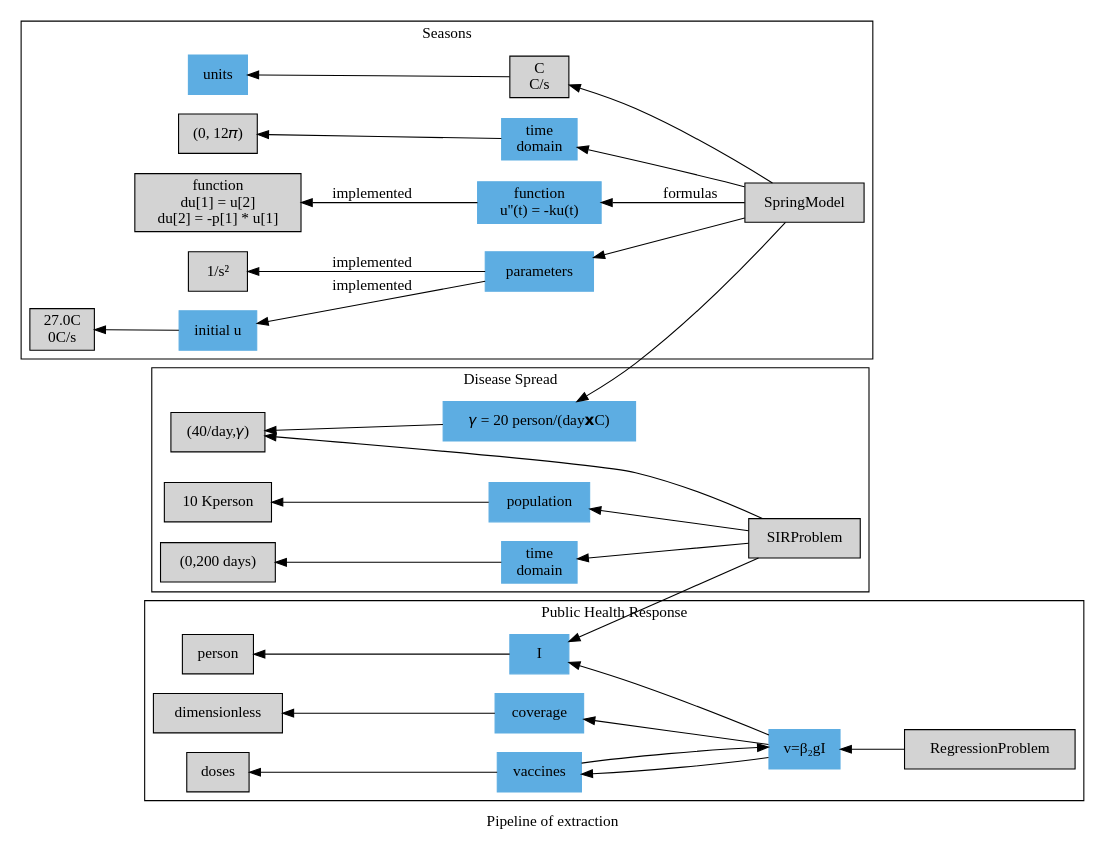
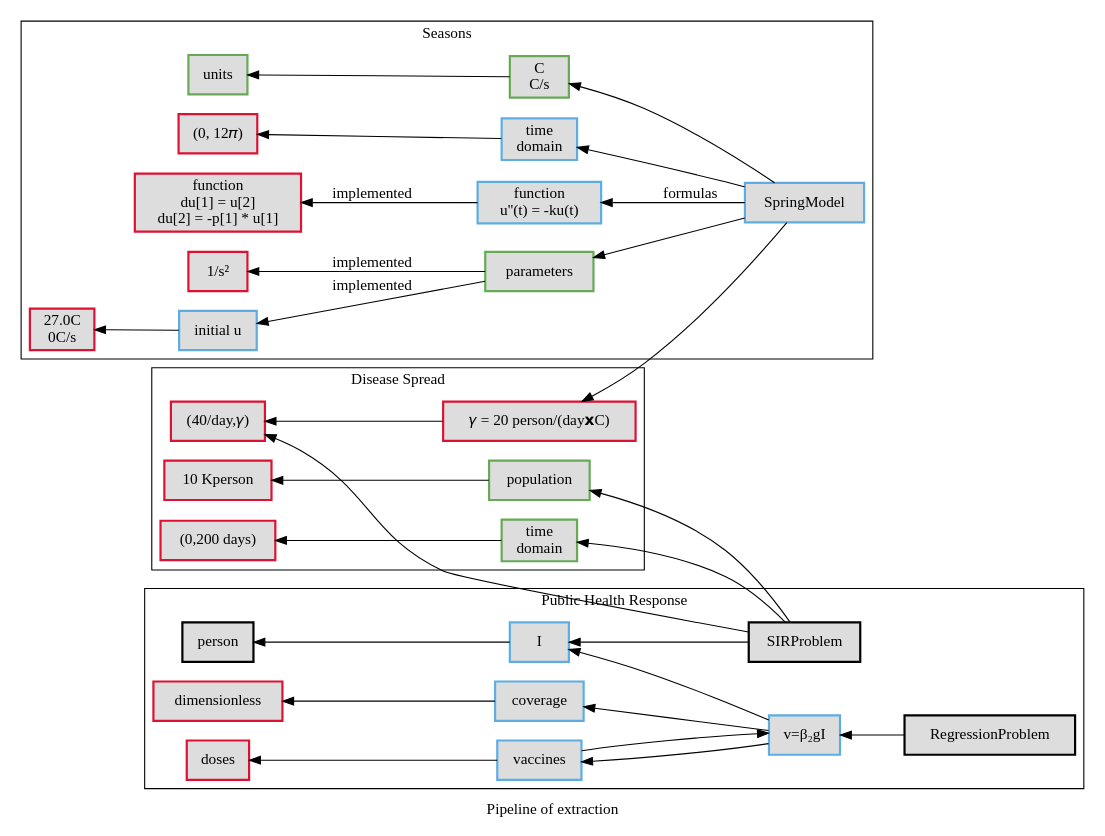
One commit to jpfairbanks/SemanticModels.jl changed the diagram in doc/src/img/flu_pipeline.dot. Above: the diagram before and after it, drawn with Graphviz. The commit also changed 6 other files, not shown here.

```diff
--- a/doc/src/img/flu_pipeline.dot
+++ b/doc/src/img/flu_pipeline.dot
@@ -1,111 +1,113 @@
 digraph H {
+  node[fillcolor="#dddddd", penwidth="2.0"]
 	graph [bb="0,0,925.64,284",
 		label="Pipeline of extraction",
 		lheight=0.19,
 		lp="462.82,11",
 		lwidth=1.67,
 		rankdir=RL
 	];
 	node [label="\N",
 		style=filled, shape=rectangle
 	];
 	{
 		i		 [color="#5DADE2",
 			height=0.5,
 			label="initial u",
 			pos="285.5,228",
 			width=0.75825];
-		p		 [color="#5DADE2",
+		p		 [color="#66aa55",
 			height=0.5,
 			label=parameters,
 			width=1.3582];
 		f		 [color="#5DADE2",
 			    height=0.5,
 			    label="function\n u''(t) = -ku(t)",
 			    width=1.195];
 		fi		 [
 			height=0.5,
 			label="function\ndu[1] = u[2]\ndu[2] = -p[1] * u[1]",
-			width=1.195];
-    ii [label="27.0C\n0C/s"]
-    pi [label="1/s²"]
-    a [label="SpringModel"]
+			width=1.195,
+      color="#dd1133"];
+    ii [label="27.0C\n0C/s", color="#dd1133"]
+    pi [label="1/s²", color="#dd1133"]
+    a [label="SpringModel", color="#5DADE2"]
     t [label="time\ndomain", color="#5DADE2"]
-    ti [label="(0, 12𝜋)"]
-    u [label=units, color="#5DADE2"]
-    ui [label="C\nC/s"]
+    ti [label="(0, 12𝜋)", color="#dd1133"]
+    u [label=units, color="#66aa55"]
+    ui [label="C\nC/s", color="#66aa55"]
 	}
 	subgraph cluster_1 {
 		graph [bb="8,94,342.4,276",
 			label=Seasons,
 			lheight=0.19,
 			lp="175.2,265",
 			lwidth=0.81
 		];
 		node [color="#5DADE2"];
     a -> p;
 		a -> f		 [label=formulas];
 		f -> fi		 [label=implemented,
 			          lp="174.73,143"];
     p -> pi [label=implemented]
     p -> i [label=implemented]
     i -> ii
     a -> t -> ti
     a -> ui
     ui -> u
 	}
 	subgraph cluster_2 {
 		graph [bb="363.4,30,636.02,240",
 			constraint=false,
 			label="Disease Spread",
 			lheight=0.19,
 			lwidth=1.23
 		];
 		sir			 [label="SIRProblem",];
-    sirpopi [label="10 Kperson"]
-		sirti		 [label="(0,200 days)"];
-		sirp		 [label="(40/day,𝛾)"];
+    sirpopi [label="10 Kperson", color="#dd1133"]
+		sirti		 [label="(0,200 days)", color="#dd1133"];
+		sirp		 [label="(40/day,𝛾)", color="#dd1133"];
 		node [color="#5DADE2"];
 		{
 			graph [rank=same];
-      gamma [label="𝛾 = 20 person/(day𝘅C)"]
-		  sirt		 [label="time\ndomain"];
-		  pop		 [label=population];
+      gamma [label="𝛾 = 20 person/(day𝘅C)", color="#dd1133"]
+		  sirt		 [label="time\ndomain",color="#66aa55"];
+		  pop		 [label=population, color="#66aa55"];
 		}
     sir -> pop
     pop -> sirpopi
     sir -> sirt
     sirt -> sirti
     sir -> sirp
     a -> gamma
     gamma->sirp
 	}
 	subgraph cluster_3 {
 		graph [bb="657.02,83,917.64,171",
 			label="Public Health Response",
 			lheight=0.19,
 			lp="787.33,160",
 			lwidth=0.61
 		];
     person
-    z [label="doses"]
-    gu [label="dimensionless"]
+    z [label="doses", color="#dd1133"]
+    gu [label="dimensionless", color="#dd1133"]
     regp [label="RegressionProblem"]
 		node [color="#5DADE2"];
     v [label="vaccines"]
     g [label="coverage"]
     s [label="I"]
     v -> r
     // c -> d
     v -> z
     // r [label="c = β₁v +β₂gI"]
     regp -> r
     r [label="v=β₂gI"]
     r -> v
     r -> g
     r -> s
     s -> person
     g -> gu
     sir -> s
 	}
 }
```
